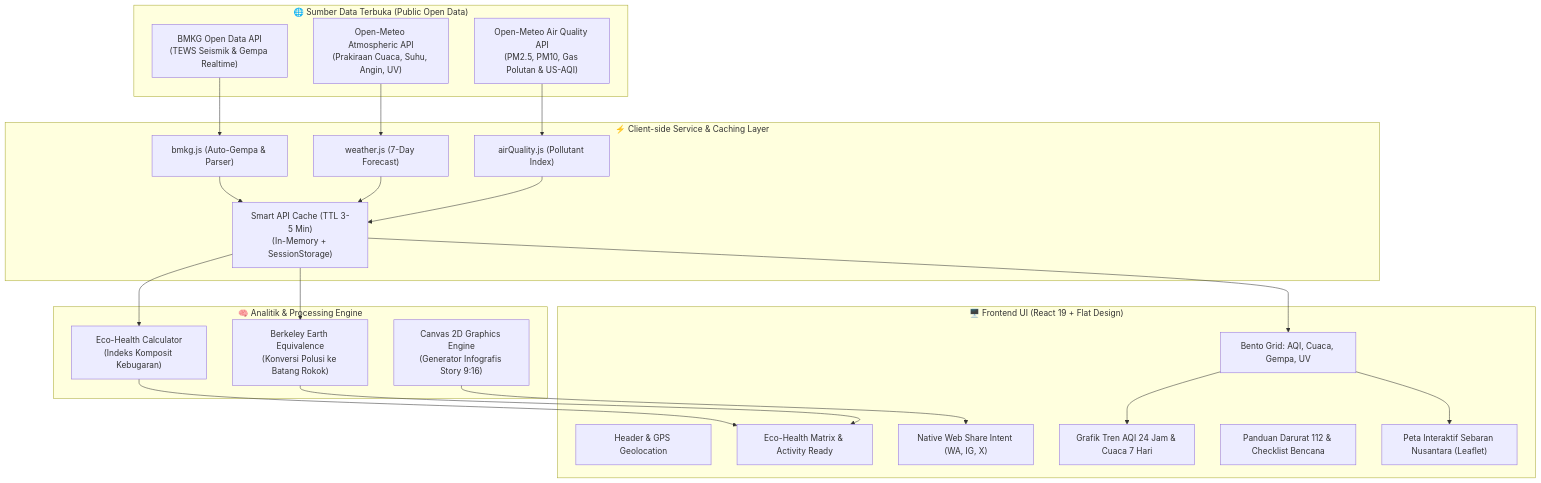
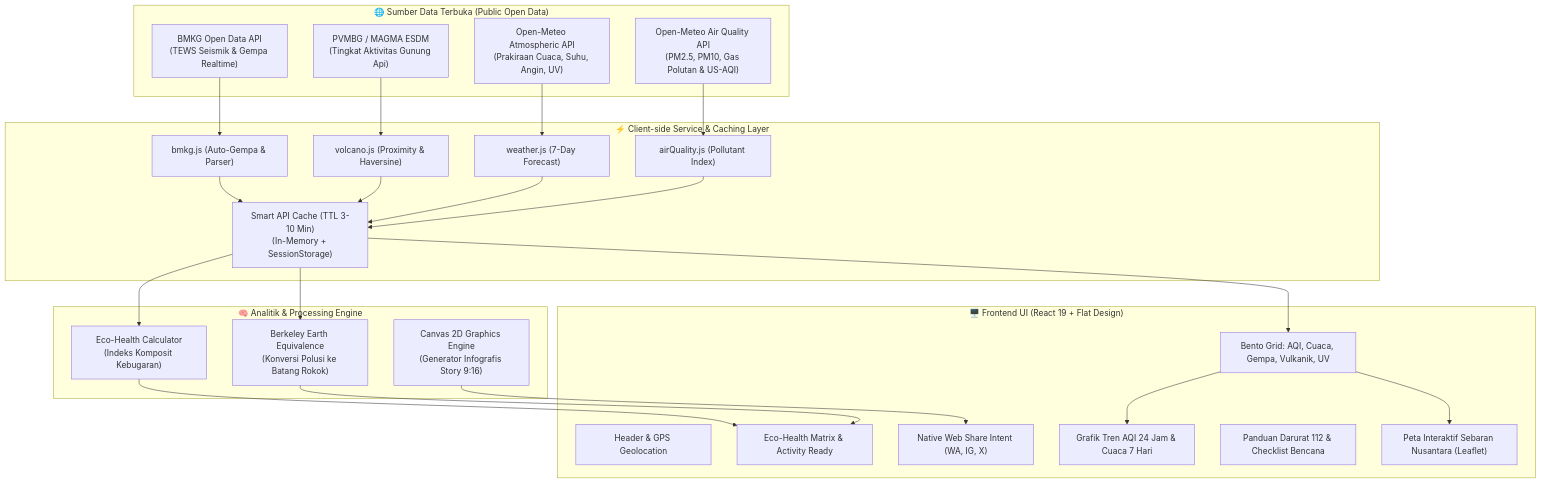
Before and after one commit to anasysuf/sekitarku: the diagram in README.md, drawn with Mermaid. The commit also changed other lines of this file, not shown here.

Commit message:
docs: update README.md for v1.1.0 with volcanic activity monitoring and AQI scale gauge

````diff
--- a/README.md
+++ b/README.md
@@ -23,49 +24,53 @@
 ```mermaid
 graph TD
     subgraph Data_Sources ["🌐 Sumber Data Terbuka (Public Open Data)"]
         BMKG["BMKG Open Data API<br/>(TEWS Seismik & Gempa Realtime)"]
+        PVMBG["PVMBG / MAGMA ESDM<br/>(Tingkat Aktivitas Gunung Api)"]
         Meteo["Open-Meteo Atmospheric API<br/>(Prakiraan Cuaca, Suhu, Angin, UV)"]
         AQI_API["Open-Meteo Air Quality API<br/>(PM2.5, PM10, Gas Polutan & US-AQI)"]
     end
 
     subgraph Service_Layer ["⚡ Client-side Service & Caching Layer"]
-        Cache["Smart API Cache (TTL 3-5 Min)<br/>(In-Memory + SessionStorage)"]
+        Cache["Smart API Cache (TTL 3-10 Min)<br/>(In-Memory + SessionStorage)"]
         BMKG_Svc["bmkg.js (Auto-Gempa & Parser)"]
+        Volcano_Svc["volcano.js (Proximity & Haversine)"]
         Weather_Svc["weather.js (7-Day Forecast)"]
         AQI_Svc["airQuality.js (Pollutant Index)"]
     end
 
     subgraph Engine_Layer ["🧠 Analitik & Processing Engine"]
         EcoScore["Eco-Health Calculator<br/>(Indeks Komposit Kebugaran)"]
         CigFormula["Berkeley Earth Equivalence<br/>(Konversi Polusi ke Batang Rokok)"]
         CanvasGen["Canvas 2D Graphics Engine<br/>(Generator Infografis Story 9:16)"]
     end
 
     subgraph UI_Layer ["🖥️ Frontend UI (React 19 + Flat Design)"]
         Header["Header & GPS Geolocation"]
         Hero["Eco-Health Matrix & Activity Ready"]
-        Dashboard["Bento Grid: AQI, Cuaca, Gempa, UV"]
+        Dashboard["Bento Grid: AQI, Cuaca, Gempa, Vulkanik, UV"]
         Charts["Grafik Tren AQI 24 Jam & Cuaca 7 Hari"]
         Map["Peta Interaktif Sebaran Nusantara (Leaflet)"]
         Emergency["Panduan Darurat 112 & Checklist Bencana"]
         Share["Native Web Share Intent (WA, IG, X)"]
     end
 
     BMKG --> BMKG_Svc
+    PVMBG --> Volcano_Svc
     Meteo --> Weather_Svc
     AQI_API --> AQI_Svc
 
     BMKG_Svc --> Cache
+    Volcano_Svc --> Cache
     Weather_Svc --> Cache
     AQI_Svc --> Cache
 
     Cache --> EcoScore
     Cache --> CigFormula
     Cache --> Dashboard
 
     EcoScore --> Hero
     CigFormula --> Hero
     Dashboard --> Charts
     Dashboard --> Map
     CanvasGen --> Share
 ```
````
